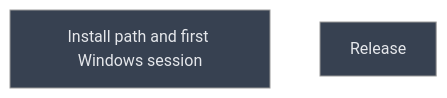
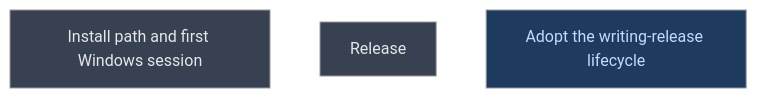
The diagram in __roadmap__/windows_install/next/next/next/README.md (CrackingShells/Murmuration), drawn with Mermaid (neutral theme) before and after one commit. The commit also changed other lines of this file and 10 other files, not shown here.

First line of the commit message:
docs(roadmap): amend windows_install (A2): release lifecycle and live-session split

````diff
--- a/__roadmap__/windows_install/next/next/next/README.md
+++ b/__roadmap__/windows_install/next/next/next/README.md
@@ -16,10 +16,11 @@
 ```mermaid
 graph TD
     install[Install path and first Windows session]:::planned
     next[Release]:::planned
+    release_lifecycle[Adopt the writing-release lifecycle]:::amendment
     classDef done       fill:#166534,color:#bbf7d0
     classDef inprogress fill:#854d0e,color:#fef08a
     classDef planned    fill:#374151,color:#e5e7eb
     classDef amendment  fill:#1e3a5f,color:#bfdbfe
     classDef blocked    fill:#7f1d1d,color:#fecaca
 ```
````
